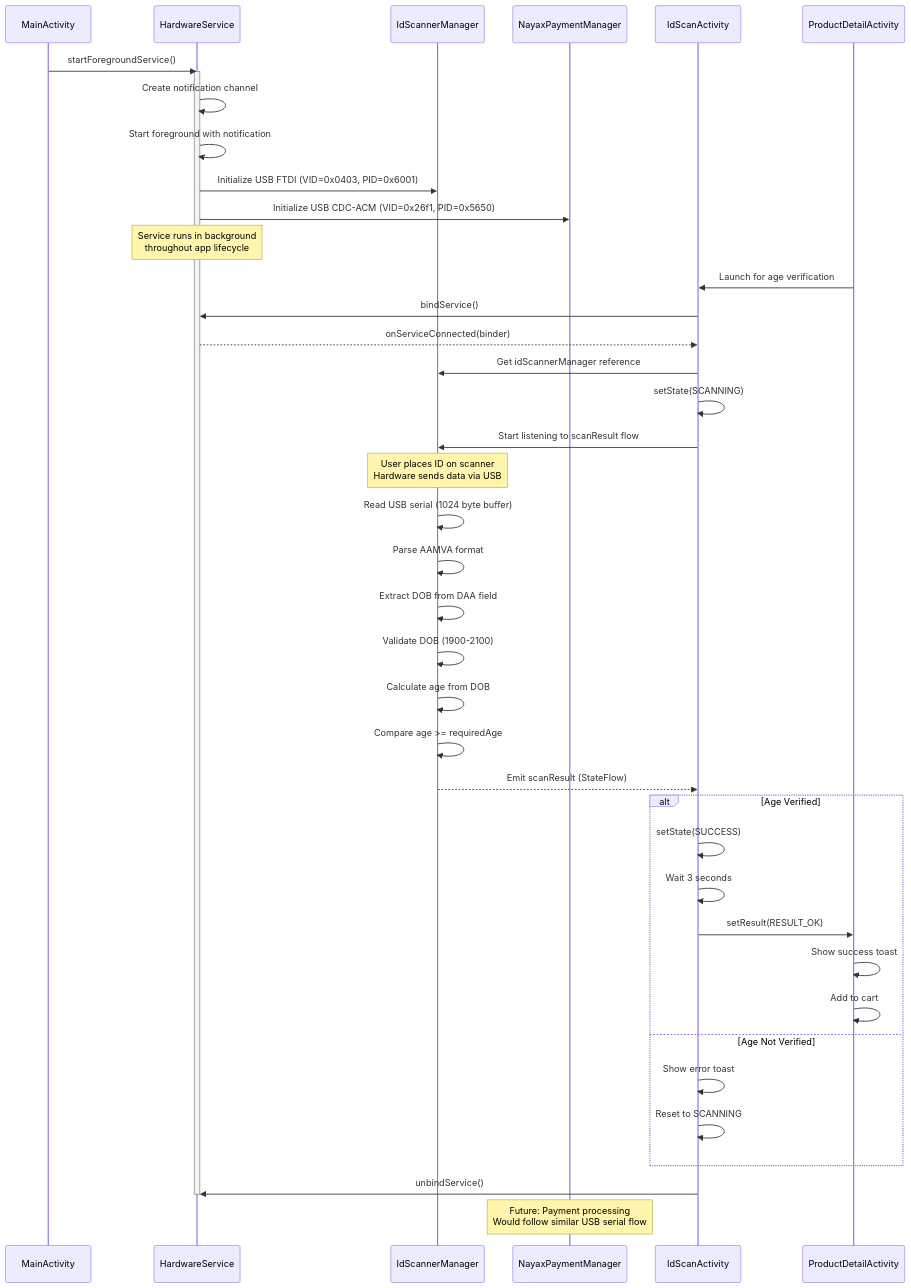
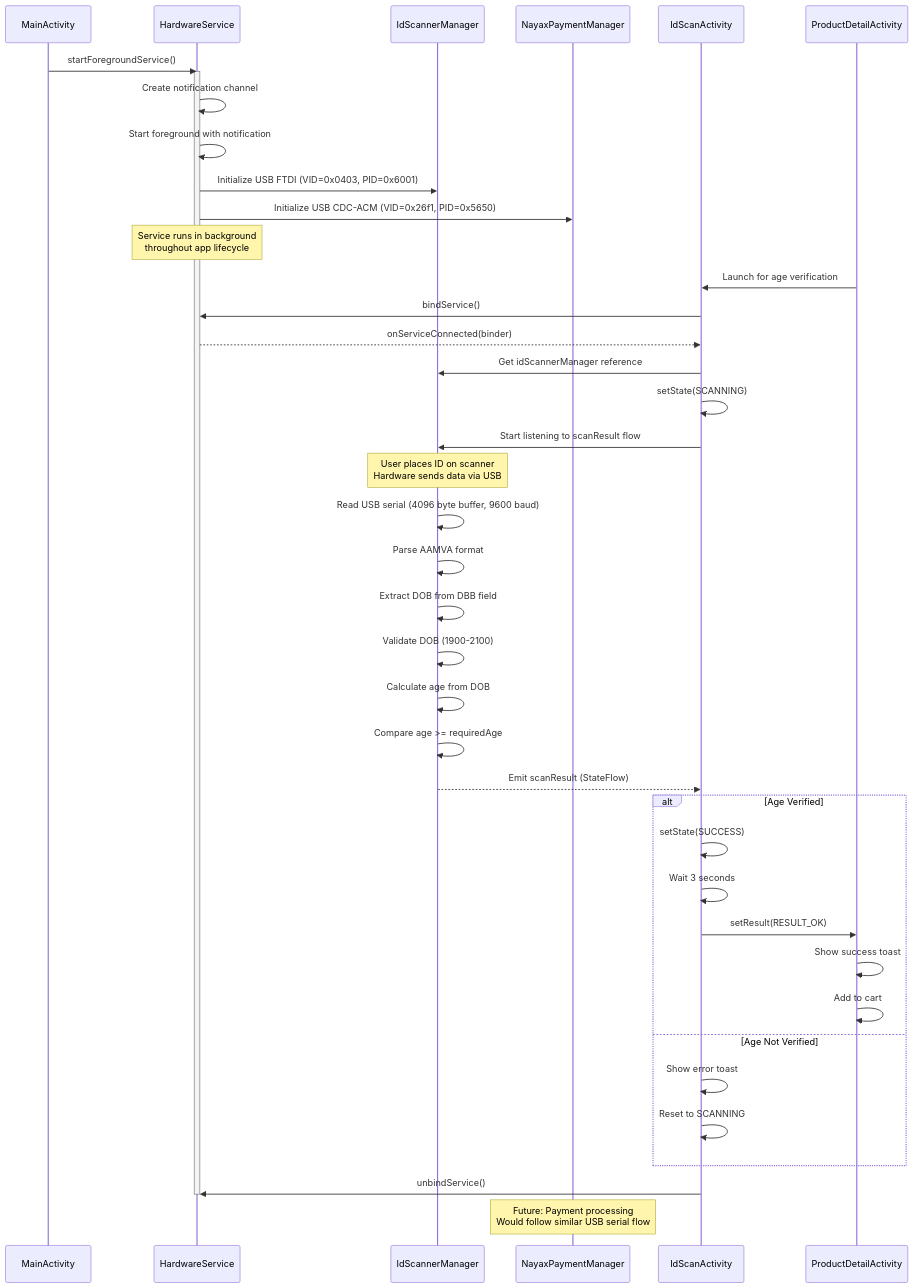
The seventh of 16 diagrams in .claude/ZOOTBOX_APPLICATION_FLOW.md (klhiggin96/zootbox), drawn with Mermaid before and after one commit. The commit also changed other lines of this file and 42 other files, not shown here.

````diff
--- a/.claude/ZOOTBOX_APPLICATION_FLOW.md
+++ b/.claude/ZOOTBOX_APPLICATION_FLOW.md
@@ -292,51 +313,51 @@
 ```mermaid
 sequenceDiagram
     participant MA as MainActivity
     participant HS as HardwareService
     participant ISM as IdScannerManager
     participant NPM as NayaxPaymentManager
     participant ISA as IdScanActivity
     participant PDA as ProductDetailActivity
 
     MA->>HS: startForegroundService()
     activate HS
     HS->>HS: Create notification channel
     HS->>HS: Start foreground with notification
     HS->>ISM: Initialize USB FTDI (VID=0x0403, PID=0x6001)
     HS->>NPM: Initialize USB CDC-ACM (VID=0x26f1, PID=0x5650)
     Note over HS: Service runs in background<br/>throughout app lifecycle
 
     PDA->>ISA: Launch for age verification
     ISA->>HS: bindService()
     HS-->>ISA: onServiceConnected(binder)
     ISA->>ISM: Get idScannerManager reference
 
     ISA->>ISA: setState(SCANNING)
     ISA->>ISM: Start listening to scanResult flow
 
     Note over ISM: User places ID on scanner<br/>Hardware sends data via USB
 
-    ISM->>ISM: Read USB serial (1024 byte buffer)
+    ISM->>ISM: Read USB serial (4096 byte buffer, 9600 baud)
     ISM->>ISM: Parse AAMVA format
-    ISM->>ISM: Extract DOB from DAA field
+    ISM->>ISM: Extract DOB from DBB field
     ISM->>ISM: Validate DOB (1900-2100)
     ISM->>ISM: Calculate age from DOB
     ISM->>ISM: Compare age >= requiredAge
     ISM-->>ISA: Emit scanResult (StateFlow)
 
     alt Age Verified
         ISA->>ISA: setState(SUCCESS)
         ISA->>ISA: Wait 3 seconds
         ISA->>PDA: setResult(RESULT_OK)
         PDA->>PDA: Show success toast
         PDA->>PDA: Add to cart
     else Age Not Verified
         ISA->>ISA: Show error toast
         ISA->>ISA: Reset to SCANNING
     end
 
     ISA->>HS: unbindService()
     deactivate HS
 
     Note over NPM: Future: Payment processing<br/>Would follow similar USB serial flow
 ```
````
